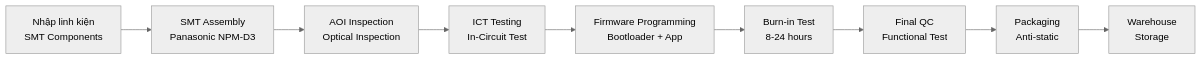
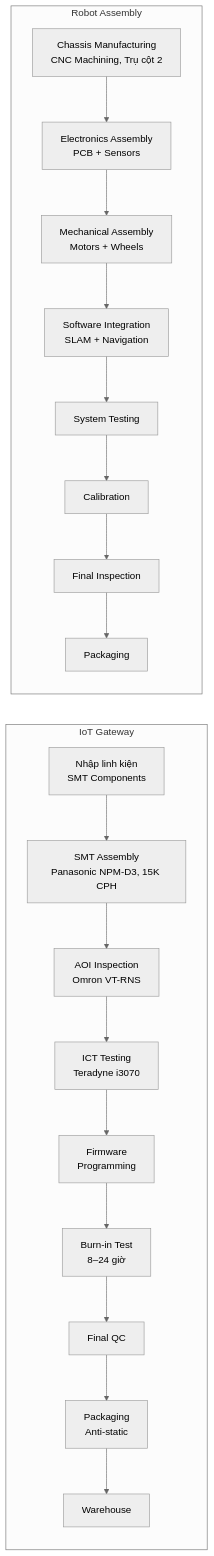
The second of 4 diagrams in TRINH_BAY_KCNC/MAU_1.4_HOAN_TAT.md (Mekong-HCM/MEKONG_TECHNOLOGY), drawn with Mermaid (neutral theme) before and after one commit. The commit also changed other lines of this file and 268 other files, not shown here.

Commit message:
Update: doi anh iot-04 sang AMRRobots, them tai lieu MAU_1.4, mermaid diagrams, scripts convert

````diff
--- a/TRINH_BAY_KCNC/MAU_1.4_HOAN_TAT.md
+++ b/TRINH_BAY_KCNC/MAU_1.4_HOAN_TAT.md
@@ -927,11 +483,23 @@
 ```mermaid
 flowchart LR
-    A[Nhập linh kiện<br/>SMT Components] --> B[SMT Assembly<br/>Panasonic NPM-D3]
-    B --> C[AOI Inspection<br/>Optical Inspection]
-    C --> D[ICT Testing<br/>In-Circuit Test]
-    D --> E[Firmware Programming<br/>Bootloader + App]
-    E --> F[Burn-in Test<br/>8-24 hours]
-    F --> G[Final QC<br/>Functional Test]
-    G --> H[Packaging<br/>Anti-static]
-    H --> I[Warehouse<br/>Storage]
+    subgraph IoT["IoT Gateway"]
+        A1["Nhập linh kiện<br/>SMT Components"] --> A2["SMT Assembly<br/>Panasonic NPM-D3, 15K CPH"]
+        A2 --> A3["AOI Inspection<br/>Omron VT-RNS"]
+        A3 --> A4["ICT Testing<br/>Teradyne i3070"]
+        A4 --> A5["Firmware<br/>Programming"]
+        A5 --> A6["Burn-in Test<br/>8–24 giờ"]
+        A6 --> A7["Final QC"]
+        A7 --> A8["Packaging<br/>Anti-static"]
+        A8 --> A9["Warehouse"]
+    end
+
+    subgraph Robot["Robot Assembly"]
+        B1["Chassis Manufacturing<br/>CNC Machining, Trụ cột 2"] --> B2["Electronics Assembly<br/>PCB + Sensors"]
+        B2 --> B3["Mechanical Assembly<br/>Motors + Wheels"]
+        B3 --> B4["Software Integration<br/>SLAM + Navigation"]
+        B4 --> B5["System Testing"]
+        B5 --> B6["Calibration"]
+        B6 --> B7["Final Inspection"]
+        B7 --> B8["Packaging"]
+    end
 ```
````
